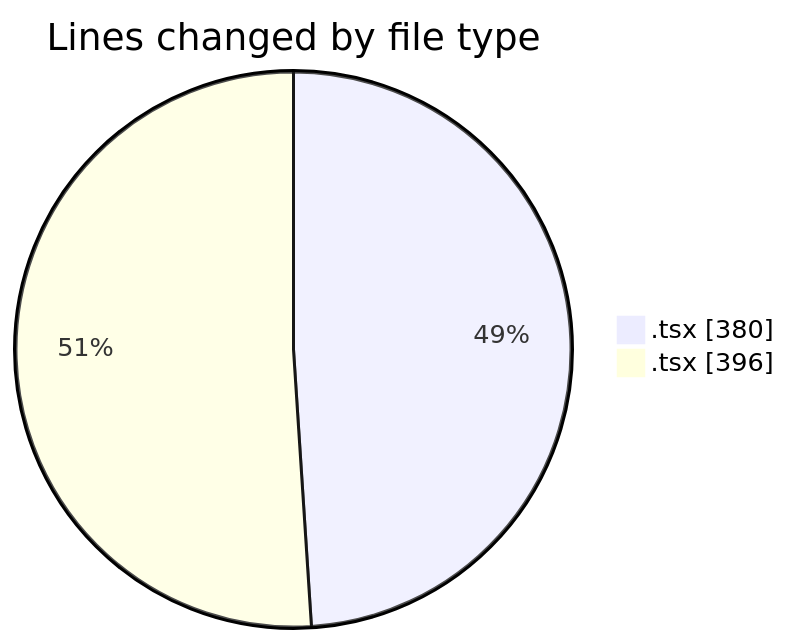
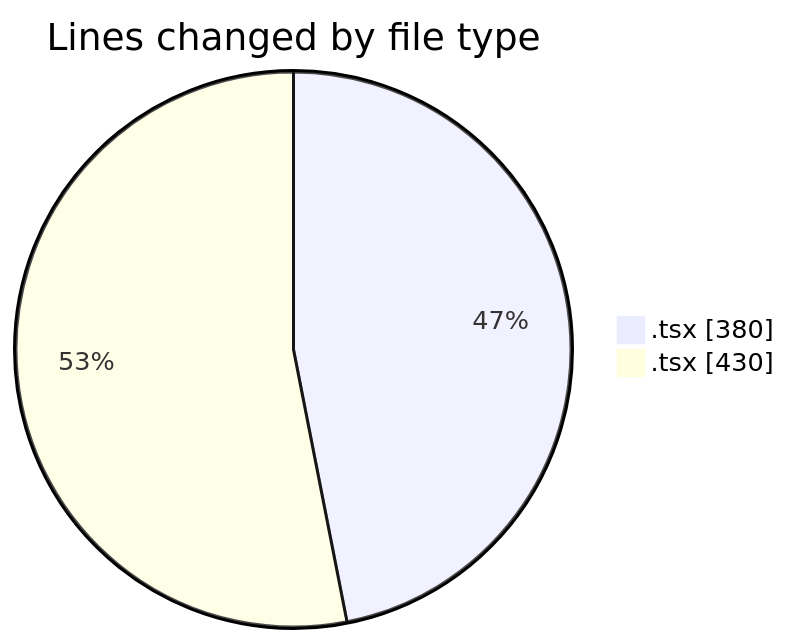
One commit to robertbonfada/code-tracking changed the first of 2 diagrams in 2025-02-06/mbc-web/README.md. Above: the diagram before and after it, drawn with Mermaid. The commit also changed other lines of this file and 1 other file, not shown here.

````diff
--- a/2025-02-06/mbc-web/README.md
+++ b/2025-02-06/mbc-web/README.md
@@ -22,6 +23,6 @@
 ```mermaid
 pie showData
 title Lines changed by file type
 ".tsx " : 380
-".tsx" : 396
+".tsx" : 430
 ```
````
